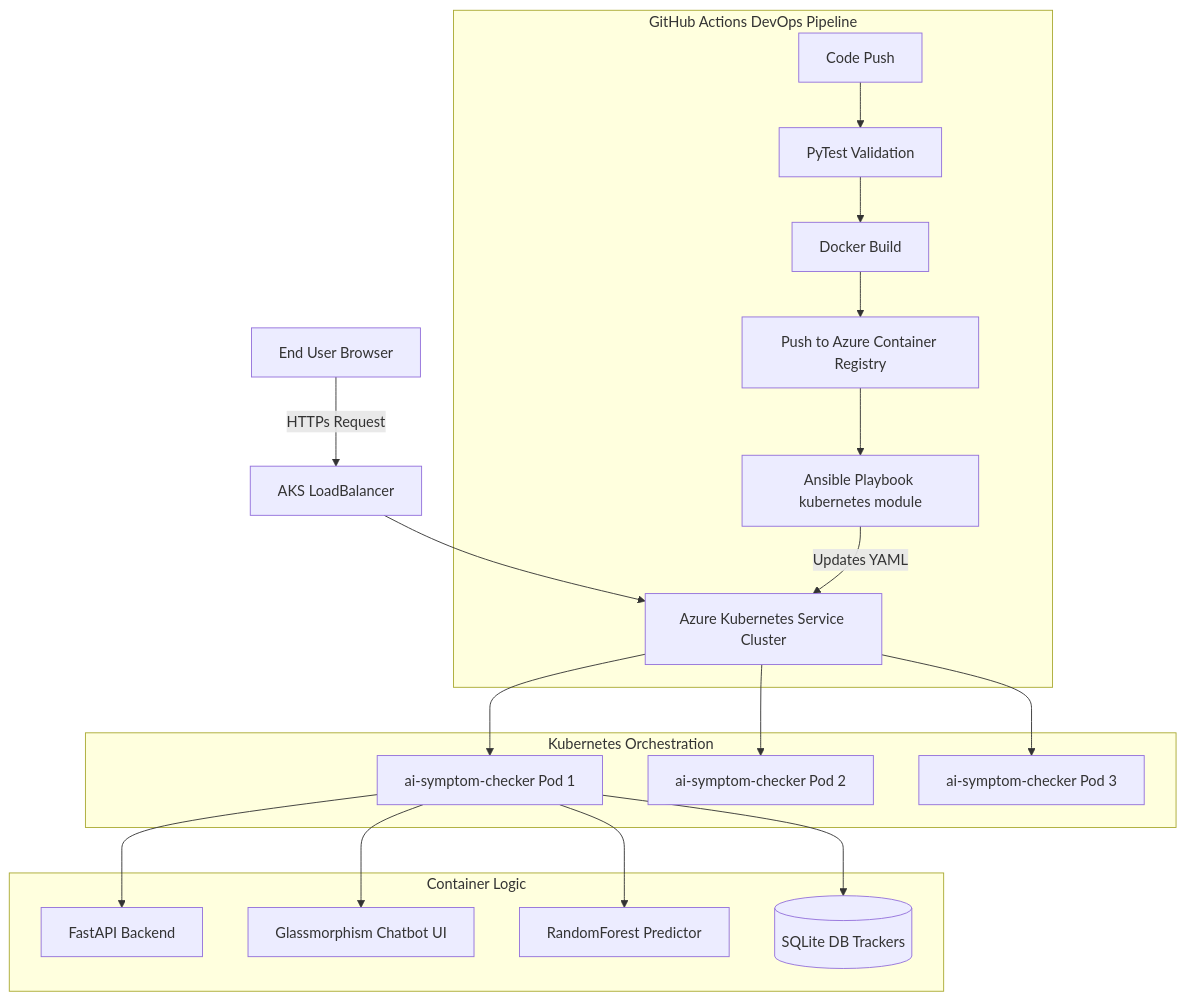
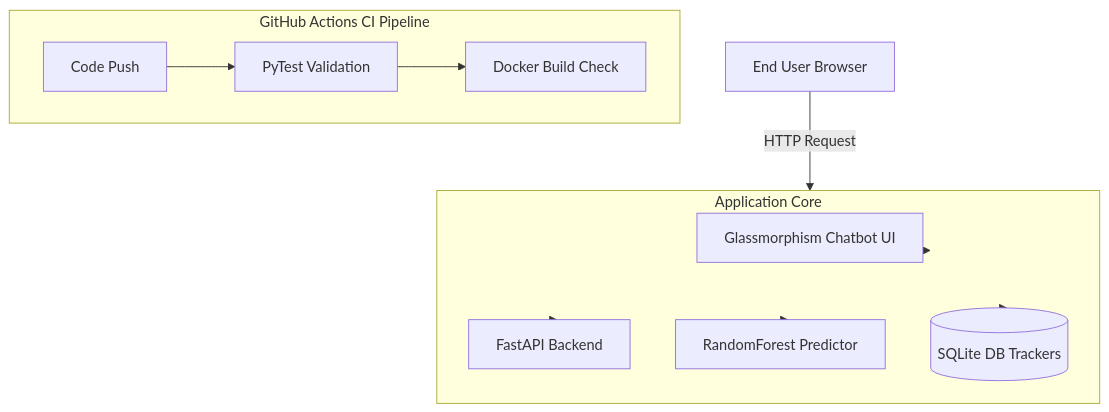
The diagram in README.md (ANANDHU1114/AI-health), drawn with Mermaid before and after one commit. The commit also changed other lines of this file and 11 other files, not shown here.

````diff
--- a/README.md
+++ b/README.md
@@ -9,32 +9,18 @@
 ```mermaid
 graph TD;
-    User[End User Browser] -->|HTTPs Request| LB[AKS LoadBalancer];
-    LB --> K8s[Azure Kubernetes Service Cluster];
+    User[End User Browser] -->|HTTP Request| Container[Docker Container];
     
-    subgraph AKS [Kubernetes Orchestration]
-      Pod1[ai-symptom-checker Pod 1];
-      Pod2[ai-symptom-checker Pod 2];
-      Pod3[ai-symptom-checker Pod 3];
-    end
-
-    K8s --> Pod1;
-    K8s --> Pod2;
-    K8s --> Pod3;
-    
-    subgraph Container Logic
+    subgraph Container [Application Core]
+      FE[Glassmorphism Chatbot UI];
       BE[FastAPI Backend];
-      FE[Glassmorphism Chatbot UI];
       ML[RandomForest Predictor];
       DB[(SQLite DB Trackers)];
     end
     
-    Pod1 --> BE & FE & ML & DB;
+    Container --> BE & FE & ML & DB;
     
-    subgraph CI/CD [GitHub Actions DevOps Pipeline]
+    subgraph CI [GitHub Actions CI Pipeline]
       push[Code Push] --> test[PyTest Validation];
-      test --> build[Docker Build];
-      build --> ACR[Push to Azure Container Registry];
-      ACR --> ansible[Ansible Playbook kubernetes module];
-      ansible -->|Updates YAML| K8s;
+      test --> build[Docker Build Check];
     end
 ```
````
